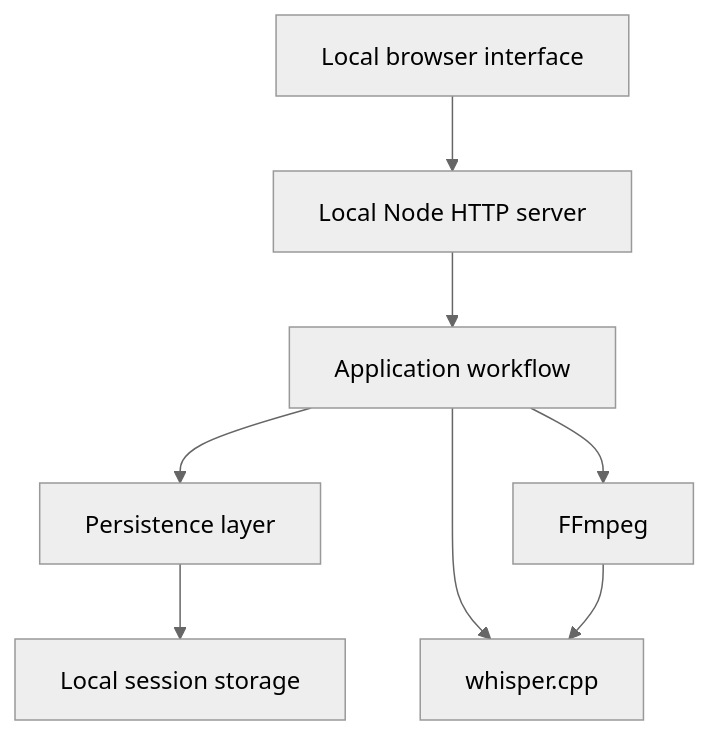
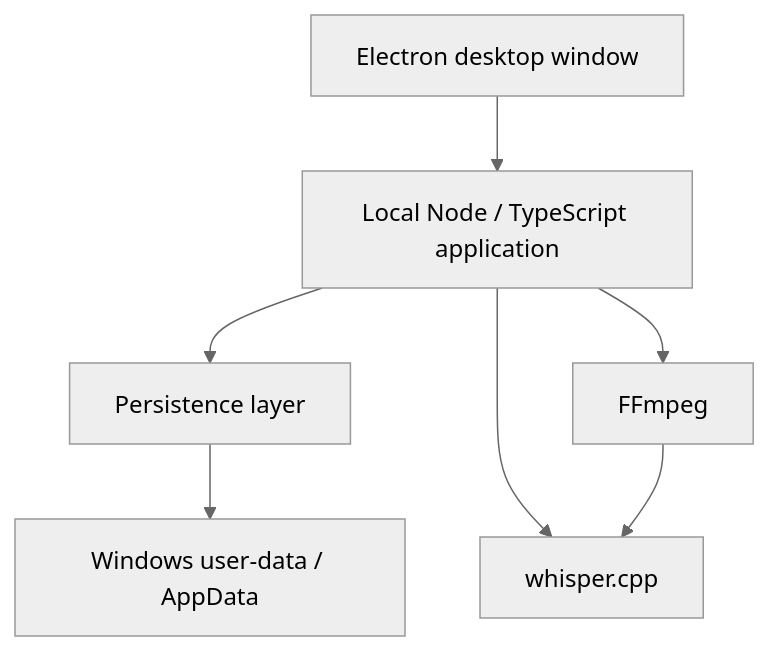
One commit to Zion8a/evidence-transcriber changed the second of 2 diagrams in README.md. Above: the diagram before and after it, drawn with Mermaid (neutral theme). The commit also changed other lines of this file, not shown here.

````diff
--- a/README.md
+++ b/README.md
@@ -362,10 +203,9 @@
 ```mermaid
 flowchart TD
-    A["Local browser interface"] --> B["Local Node HTTP server"]
-    B --> C["Application workflow"]
-    C --> D["Persistence layer"]
-    C --> E["FFmpeg"]
-    C --> F["whisper.cpp"]
-    D --> G["Local session storage"]
-    E --> F
+    A["Electron desktop window"] --> B["Local Node / TypeScript application"]
+    B --> C["Persistence layer"]
+    B --> D["FFmpeg"]
+    B --> E["whisper.cpp"]
+    C --> F["Windows user-data / AppData"]
+    D --> E
 ```
````
